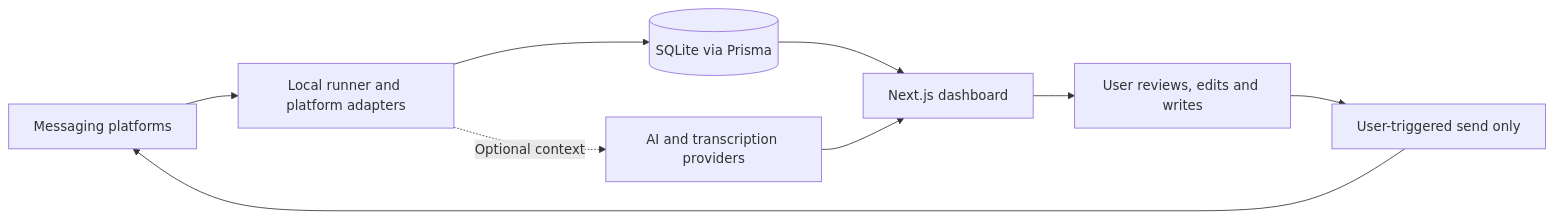
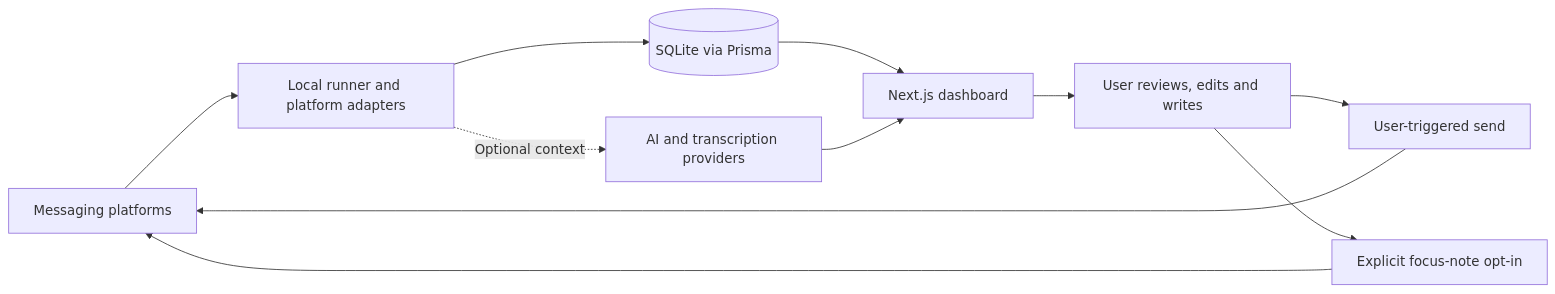
The diagram in README.md (richardafolayan/Relationship-Inbox-OS), drawn with Mermaid before and after one commit. The commit also changed other lines of this file and 43 other files, not shown here.

Commit message:
fix: make mobile pilot flows reliable

````diff
--- a/README.md
+++ b/README.md
@@ -24,11 +24,13 @@
 ```mermaid
 flowchart LR
     A[Messaging platforms] --> B[Local runner and platform adapters]
     B --> C[(SQLite via Prisma)]
     B -. Optional context .-> D[AI and transcription providers]
     C --> E[Next.js dashboard]
     D --> E
     E --> F[User reviews, edits and writes]
-    F --> G[User-triggered send only]
+    F --> G[User-triggered send]
+    F --> H[Explicit focus-note opt-in]
     G --> A
+    H --> A
 ```
````
